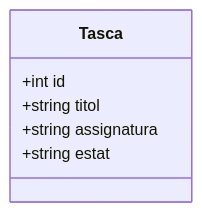
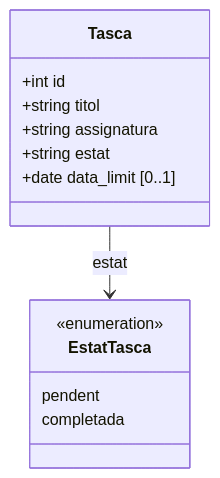
The diagram in SPECIFICATIONS.md (NIU1749792/rs-sessio5-tasks-app), drawn with Mermaid before and after one commit. The commit also changed other lines of this file and 2 other files, not shown here.

Commit message:
docs: especificació v2.0 (data límit, edit, complete, avisos, valors buits)

````diff
--- a/SPECIFICATIONS.md
+++ b/SPECIFICATIONS.md
@@ -17,9 +24,16 @@
 ```mermaid
 classDiagram
     class Tasca {
         +int id
         +string titol
         +string assignatura
         +string estat
+        +date data_limit [0..1]
     }
+    class EstatTasca {
+        <<enumeration>>
+        pendent
+        completada
+    }
+    Tasca --> EstatTasca : estat
 ```
````
